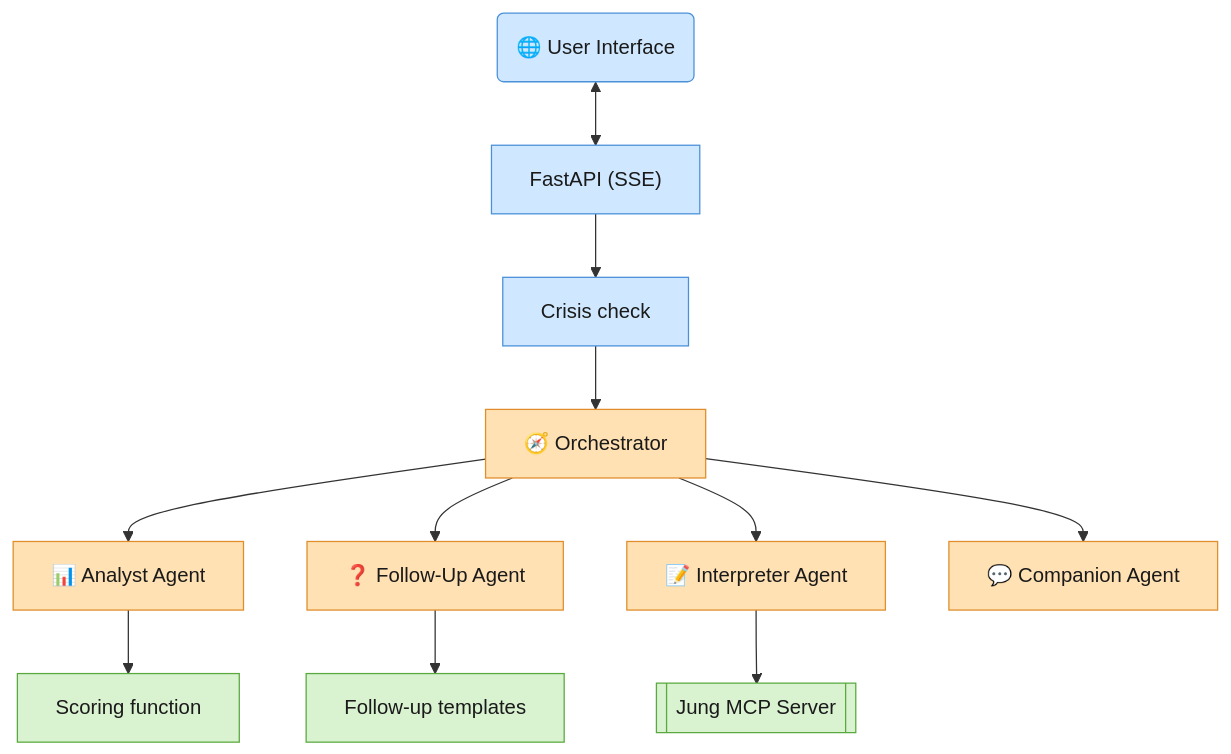
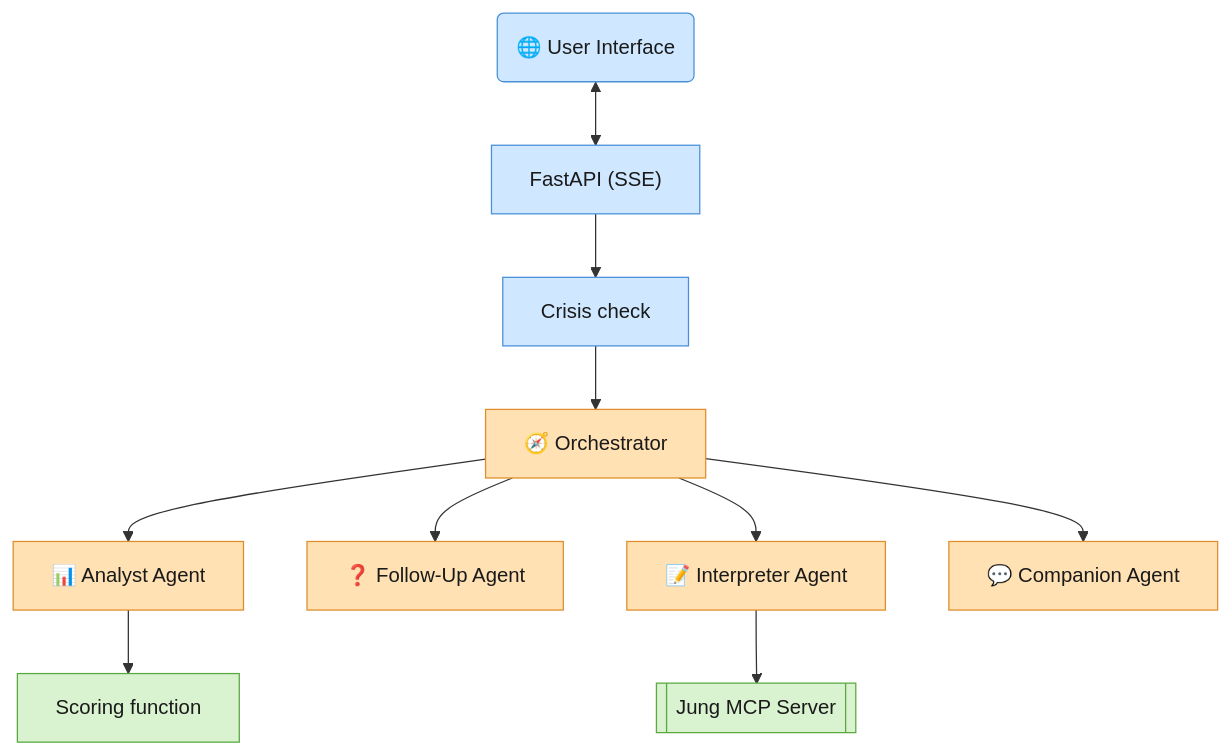
The diagram in README.md (xinkaichen97/meet-your-shadow), drawn with Mermaid before and after one commit. The commit also changed other lines of this file and 11 other files, not shown here.

````diff
--- a/README.md
+++ b/README.md
@@ -39,32 +38,30 @@
 ```mermaid
 flowchart TD
     Frontend("🌐 User Interface")
     API["FastAPI (SSE)"]
     Crisis["Crisis check"]
     Orchestrator["🧭 Orchestrator"]
     Analyst["📊 Analyst Agent"]
     FollowUp["❓ Follow-Up Agent"]
     Interpreter["📝 Interpreter Agent"]
     Companion["💬 Companion Agent"]
     ScoringFn["Scoring function"]
-    TemplateFn["Follow-up templates"]
     MCP[["Jung MCP Server"]]
 
     Frontend <--> API
     API --> Crisis --> Orchestrator
     Orchestrator --> Analyst
     Orchestrator --> FollowUp
     Orchestrator --> Interpreter
     Orchestrator --> Companion
     Analyst --> ScoringFn
-    FollowUp --> TemplateFn
     Interpreter --> MCP
 
     classDef frontend fill:#cfe8ff,stroke:#4a90d9,color:#1a1a1a
     classDef agent fill:#ffe1b3,stroke:#e08e2b,color:#1a1a1a
     classDef tool fill:#d9f2d0,stroke:#5aa93f,color:#1a1a1a
 
     class Frontend,API,Crisis frontend
     class Orchestrator,Analyst,FollowUp,Interpreter,Companion agent
-    class ScoringFn,TemplateFn,MCP tool
+    class ScoringFn,MCP tool
 ```
````
